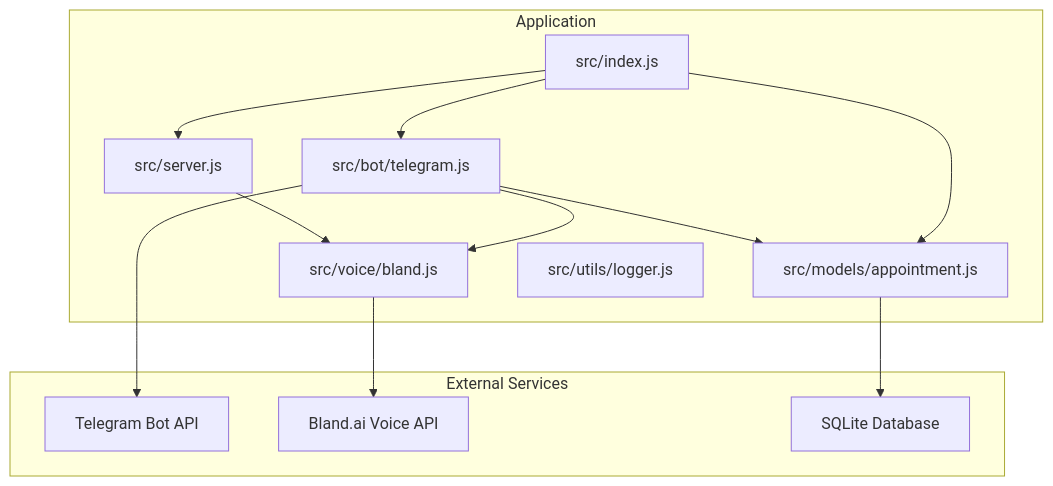
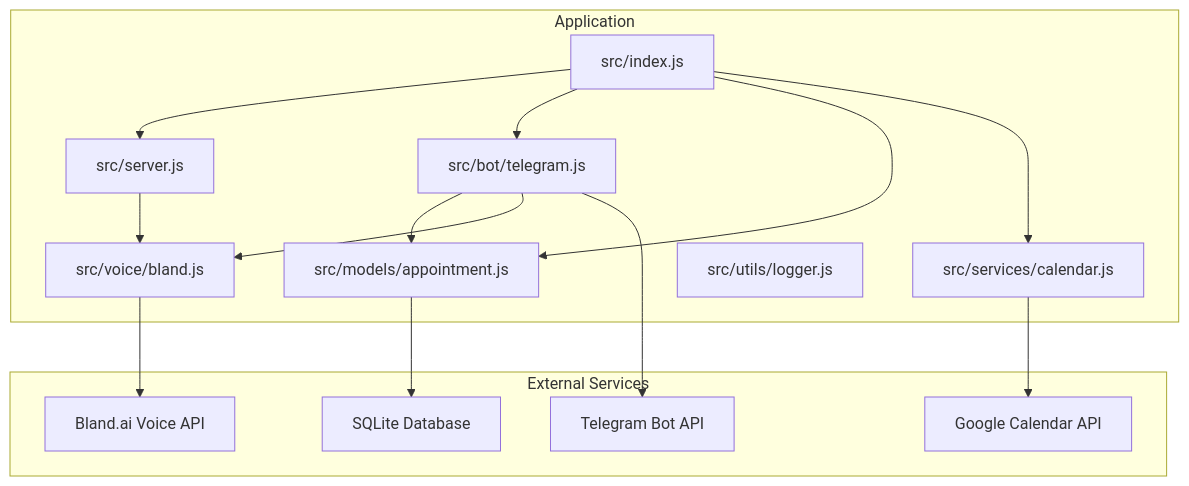
The first of 8 diagrams in .qoder/repowiki/en/content/Core Components/Voice Service Integration.md (Armanda888/appointment-voice-agent), drawn with Mermaid before and after one commit. The commit also changed other lines of this file and 10 other files, not shown here.

````diff
--- a/.qoder/repowiki/en/content/Core Components/Voice Service Integration.md
+++ b/.qoder/repowiki/en/content/Core Components/Voice Service Integration.md
@@ -46,25 +49,29 @@
 ```mermaid
 graph TB
 subgraph "Application"
 IDX["src/index.js"]
 SRV["src/server.js"]
 BOT["src/bot/telegram.js"]
 BLND["src/voice/bland.js"]
 APPM["src/models/appointment.js"]
+CAL["src/services/calendar.js"]
 LOG["src/utils/logger.js"]
 end
 subgraph "External Services"
 TGBOT["Telegram Bot API"]
 BLANDAPI["Bland.ai Voice API"]
+GCAL["Google Calendar API"]
 SQLITE["SQLite Database"]
 end
 IDX --> SRV
 IDX --> BOT
 IDX --> APPM
+IDX --> CAL
 BOT --> APPM
 BOT --> BLND
 SRV --> BLND
 BLND --> BLANDAPI
 APPM --> SQLITE
+CAL --> GCAL
 BOT --> TGBOT
 ```
````
